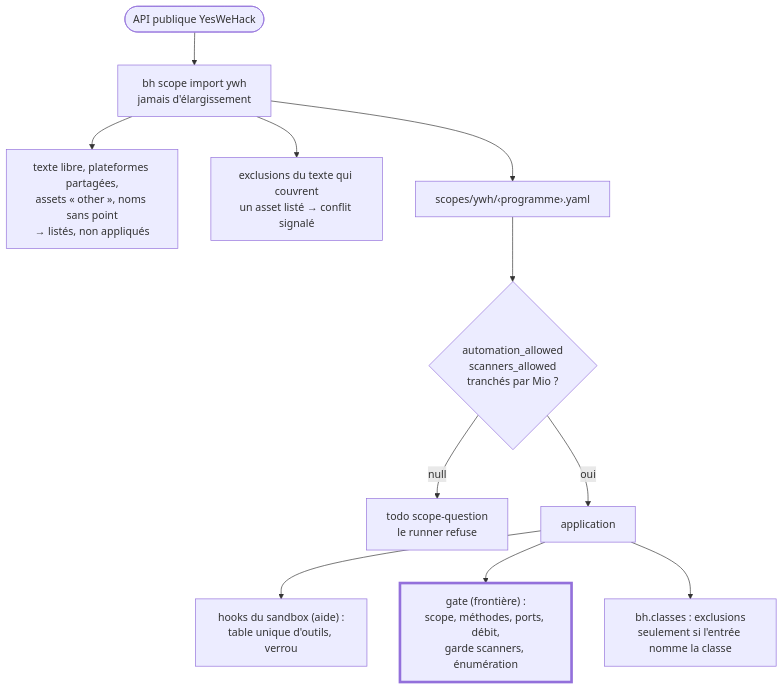
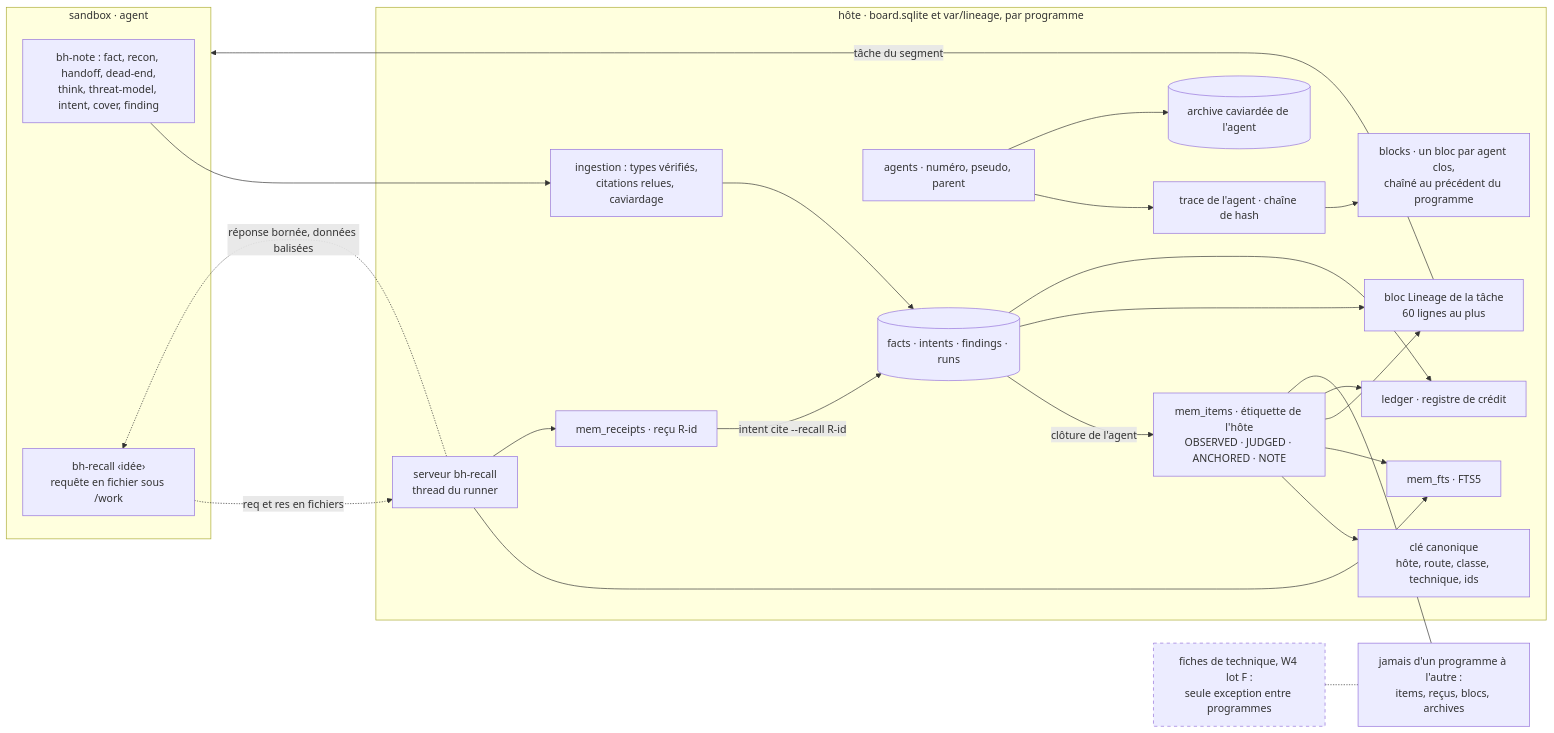
The fifth of 5 diagrams in docs/diagrams.md (Moutdili/bull-harness), drawn with Mermaid before and after one commit. The commit also changed other lines of this file and 12 other files, not shown here.

````diff
--- a/docs/diagrams.md
+++ b/docs/diagrams.md
@@ -132,14 +296,44 @@
 ```mermaid
-flowchart TD
-  YWH(["API publique YesWeHack"]) --> IMP["bh scope import ywh<br/>jamais d'élargissement"]
-  IMP --> IGN["texte libre, plateformes partagées,<br/>assets « other », noms sans point<br/>→ listés, non appliqués"]
-  IMP --> CONF["exclusions du texte qui couvrent<br/>un asset listé → conflit signalé"]
-  IMP --> YAML["scopes/ywh/‹programme›.yaml"]
-  YAML --> HUM{"automation_allowed<br/>scanners_allowed<br/>tranchés par Mio ?"}
-  HUM -- "null" --> TODO["todo scope-question<br/>le runner refuse"]
-  HUM -- oui --> ENF["application"]
-  ENF --> HOOK["hooks du sandbox (aide) :<br/>table unique d'outils, verrou"]
-  ENF --> GT["gate (frontière) :<br/>scope, méthodes, ports, débit,<br/>garde scanners, énumération"]
-  ENF --> CLS["bh.classes : exclusions<br/>seulement si l'entrée nomme la classe"]
-  style GT stroke-width:4px
+flowchart LR
+  subgraph SBX["sandbox · agent"]
+    BN["bh-note : fact, recon, handoff, dead-end,<br/>think, threat-model, intent, cover, finding"]
+    BR["bh-recall ‹idée›<br/>requête en fichier sous /work"]
+  end
+  subgraph HST["hôte · board.sqlite et var/lineage, par programme"]
+    ING["ingestion : types vérifiés,<br/>citations relues, caviardage"]
+    BRD[("facts · intents · findings · runs")]
+    MEM["mem_items · étiquette de l'hôte<br/>OBSERVED · JUDGED · ANCHORED · NOTE"]
+    KEY["clé canonique<br/>hôte, route, classe, technique, ids"]
+    FTS["mem_fts · FTS5"]
+    SRV["serveur bh-recall<br/>thread du runner"]
+    RCPT["mem_receipts · reçu R-id"]
+    BLK["bloc Lineage de la tâche<br/>60 lignes au plus"]
+    AGT["agents · numéro, pseudo, parent"]
+    TRC["trace de l'agent · chaîne de hash"]
+    CHN["blocks · un bloc par agent clos,<br/>chaîné au précédent du programme"]
+    LED["ledger · registre de crédit"]
+    ARC[("archive caviardée de l'agent")]
+  end
+  BN --> ING --> BRD
+  BRD -- "clôture de l'agent" --> MEM
+  MEM --> KEY
+  MEM --> FTS
+  BR -. "req et res en fichiers" .-> SRV
+  SRV --> FTS
+  SRV --> RCPT
+  SRV -. "réponse bornée, données balisées" .-> BR
+  RCPT -- "intent cite --recall R-id" --> BRD
+  MEM --> BLK
+  BRD --> BLK
+  BLK -- "tâche du segment" --> SBX
+  AGT --> TRC --> CHN
+  BRD --> LED
+  MEM --> LED
+  AGT --> ARC
+  NEVER["jamais d'un programme à l'autre :<br/>items, reçus, blocs, archives"]
+  TECH["fiches de technique, W4 lot F :<br/>seule exception entre programmes"]
+  MEM --- NEVER
+  TECH -.- NEVER
+  class TECH w4
+  classDef w4 stroke-dasharray:5 5
 ```
````
